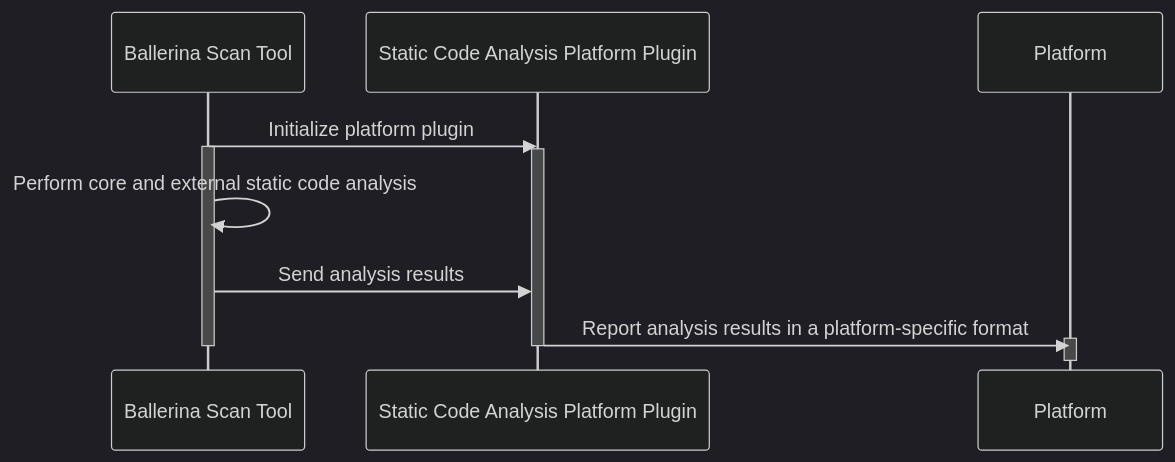
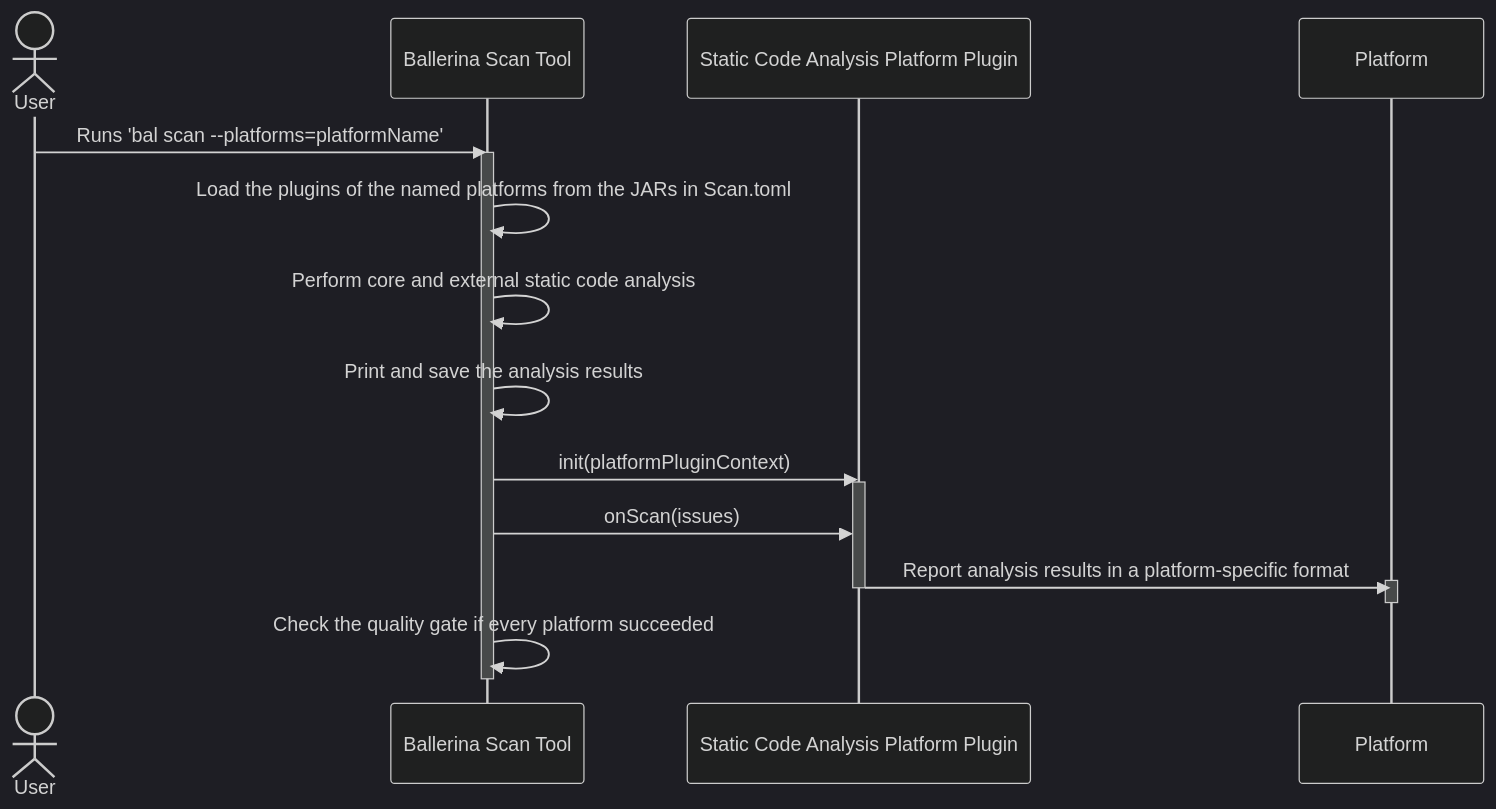
Before and after one commit to ballerina-platform/static-code-analysis-tool: the diagram in docs/static-code-analysis-tool/StaticCodeAnalysisPlatformPlugin.md, drawn with Mermaid (dark theme). The commit also changed other lines of this file and 6 other files, not shown here.

````diff
--- a/docs/static-code-analysis-tool/StaticCodeAnalysisPlatformPlugin.md
+++ b/docs/static-code-analysis-tool/StaticCodeAnalysisPlatformPlugin.md
@@ -17,17 +19,22 @@
 ```mermaid
 sequenceDiagram
+    actor User
     participant Ballerina Scan Tool
     participant Static Code Analysis Platform Plugin
     participant Platform
-    
-    Ballerina Scan Tool ->> Static Code Analysis Platform Plugin: Initialize platform plugin
+
+    User ->> Ballerina Scan Tool: Runs 'bal scan --platforms=platformName'
     activate Ballerina Scan Tool
+    Ballerina Scan Tool ->> Ballerina Scan Tool: Load the plugins of the named platforms from the JARs in Scan.toml
+    Ballerina Scan Tool ->> Ballerina Scan Tool: Perform core and external static code analysis
+    Ballerina Scan Tool ->> Ballerina Scan Tool: Print and save the analysis results
+    Ballerina Scan Tool ->> Static Code Analysis Platform Plugin: init(platformPluginContext)
     activate Static Code Analysis Platform Plugin
-    Ballerina Scan Tool ->> Ballerina Scan Tool: Perform core and external static code analysis
-    Ballerina Scan Tool ->> Static Code Analysis Platform Plugin: Send analysis results
+    Ballerina Scan Tool ->> Static Code Analysis Platform Plugin: onScan(issues)
     Static Code Analysis Platform Plugin ->> Platform: Report analysis results in a platform-specific format
     activate Platform
     deactivate Platform
     deactivate Static Code Analysis Platform Plugin
+    Ballerina Scan Tool ->> Ballerina Scan Tool: Check the quality gate if every platform succeeded
     deactivate Ballerina Scan Tool
 ```
````
